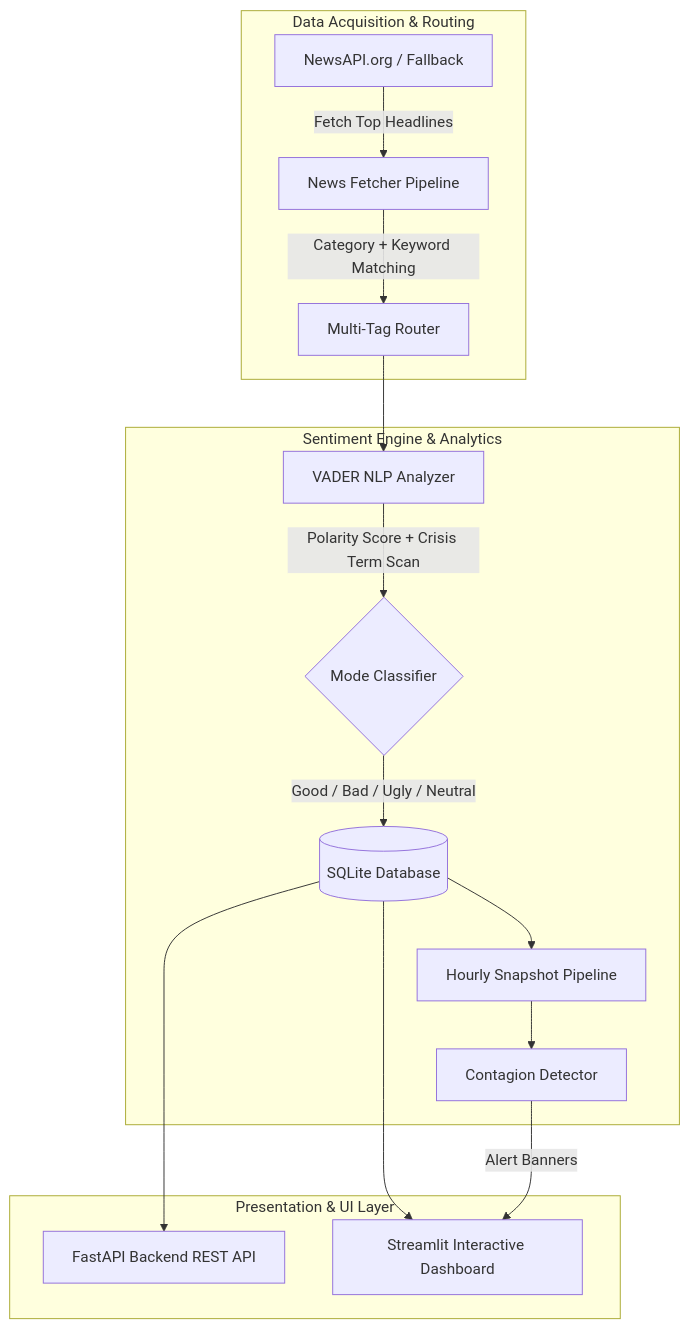
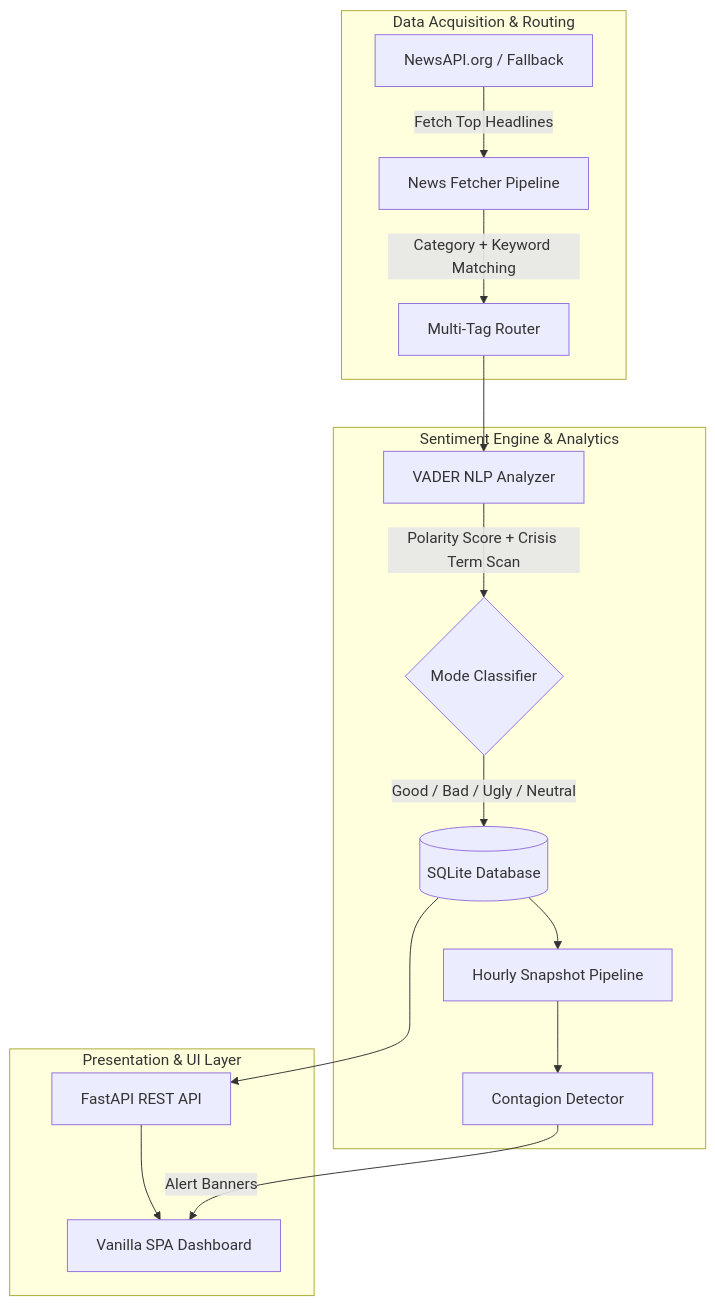
The diagram in report.md (hsrivastavagrid/news_app), drawn with Mermaid before and after one commit. The commit also changed other lines of this file and 44 other files, not shown here.

````diff
--- a/report.md
+++ b/report.md
@@ -19,21 +19,21 @@
 ```mermaid
 flowchart TD
     subgraph Data Acquisition & Routing
         A[NewsAPI.org / Fallback] -->|Fetch Top Headlines| B[News Fetcher Pipeline]
         B -->|Category + Keyword Matching| C[Multi-Tag Router]
     end
 
     subgraph Sentiment Engine & Analytics
         C --> D[VADER NLP Analyzer]
         D -->|Polarity Score + Crisis Term Scan| E{Mode Classifier}
         E -->|Good / Bad / Ugly / Neutral| F[(SQLite Database)]
         F --> G[Hourly Snapshot Pipeline]
         G --> H[Contagion Detector]
     end
 
     subgraph Presentation & UI Layer
-        F --> I[FastAPI Backend REST API]
-        F --> J[Streamlit Interactive Dashboard]
+        F --> I[FastAPI REST API]
+        I --> J[Vanilla SPA Dashboard]
         H -->|Alert Banners| J
     end
 ```
````
